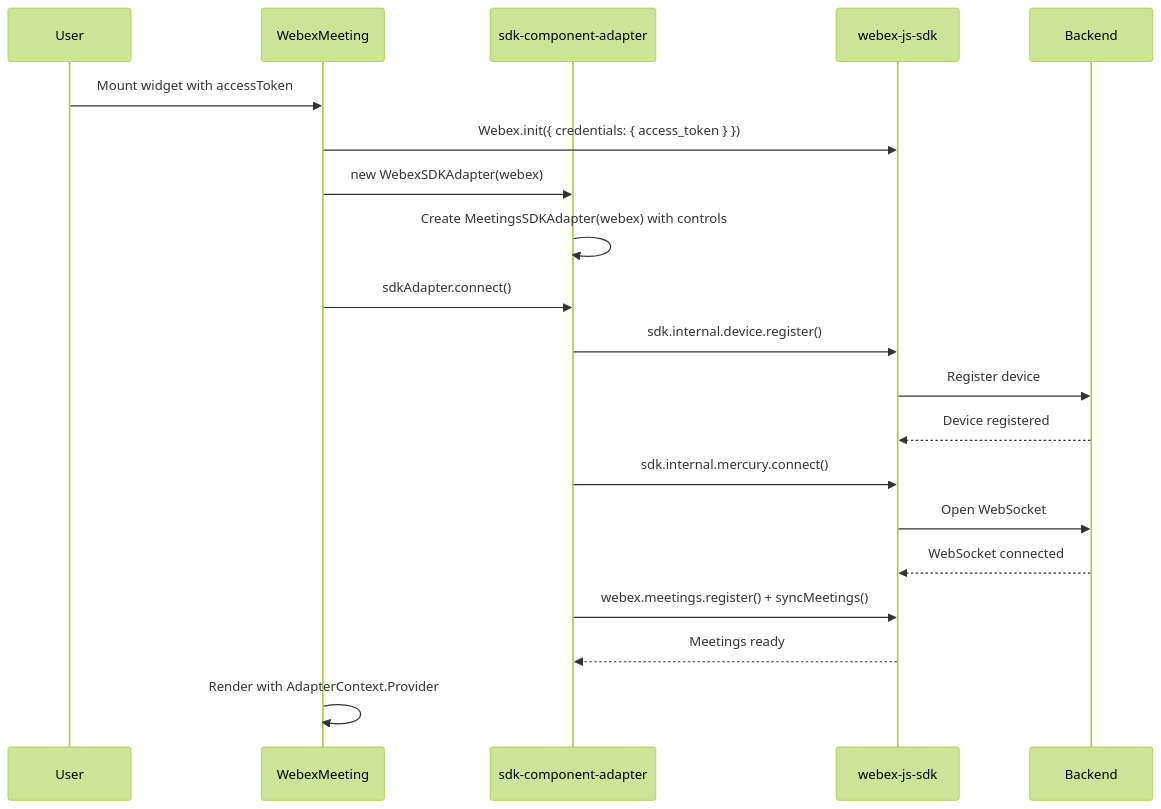
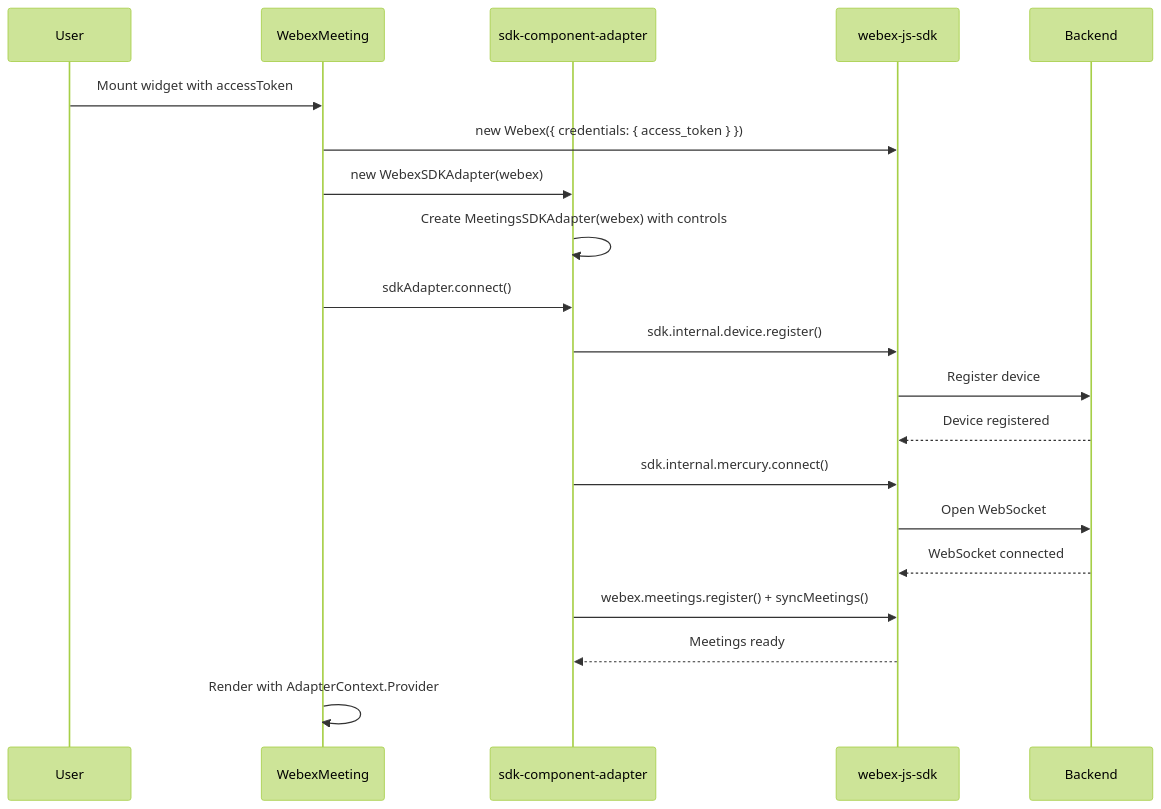
The second of 13 diagrams in packages/@webex/widgets/ai-docs/ARCHITECTURE.md (webex/widgets), drawn with Mermaid (forest theme) before and after one commit. The commit also changed other lines of this file and 1 other file, not shown here.

````diff
--- a/packages/@webex/widgets/ai-docs/ARCHITECTURE.md
+++ b/packages/@webex/widgets/ai-docs/ARCHITECTURE.md
@@ -189,25 +218,25 @@
 ```mermaid
 sequenceDiagram
     participant User
     participant Component as WebexMeeting
     participant Adapter as sdk-component-adapter
     participant SDK as webex-js-sdk
     participant Backend
 
     User->>Component: Mount widget with accessToken
-    Component->>SDK: Webex.init({ credentials: { access_token } })
+    Component->>SDK: new Webex({ credentials: { access_token } })
     Component->>Adapter: new WebexSDKAdapter(webex)
     Adapter->>Adapter: Create MeetingsSDKAdapter(webex) with controls
 
     Component->>Adapter: sdkAdapter.connect()
     Adapter->>SDK: sdk.internal.device.register()
     SDK->>Backend: Register device
     Backend-->>SDK: Device registered
     Adapter->>SDK: sdk.internal.mercury.connect()
     SDK->>Backend: Open WebSocket
     Backend-->>SDK: WebSocket connected
     Adapter->>SDK: webex.meetings.register() + syncMeetings()
     SDK-->>Adapter: Meetings ready
 
     Component->>Component: Render with AdapterContext.Provider
 ```
````
